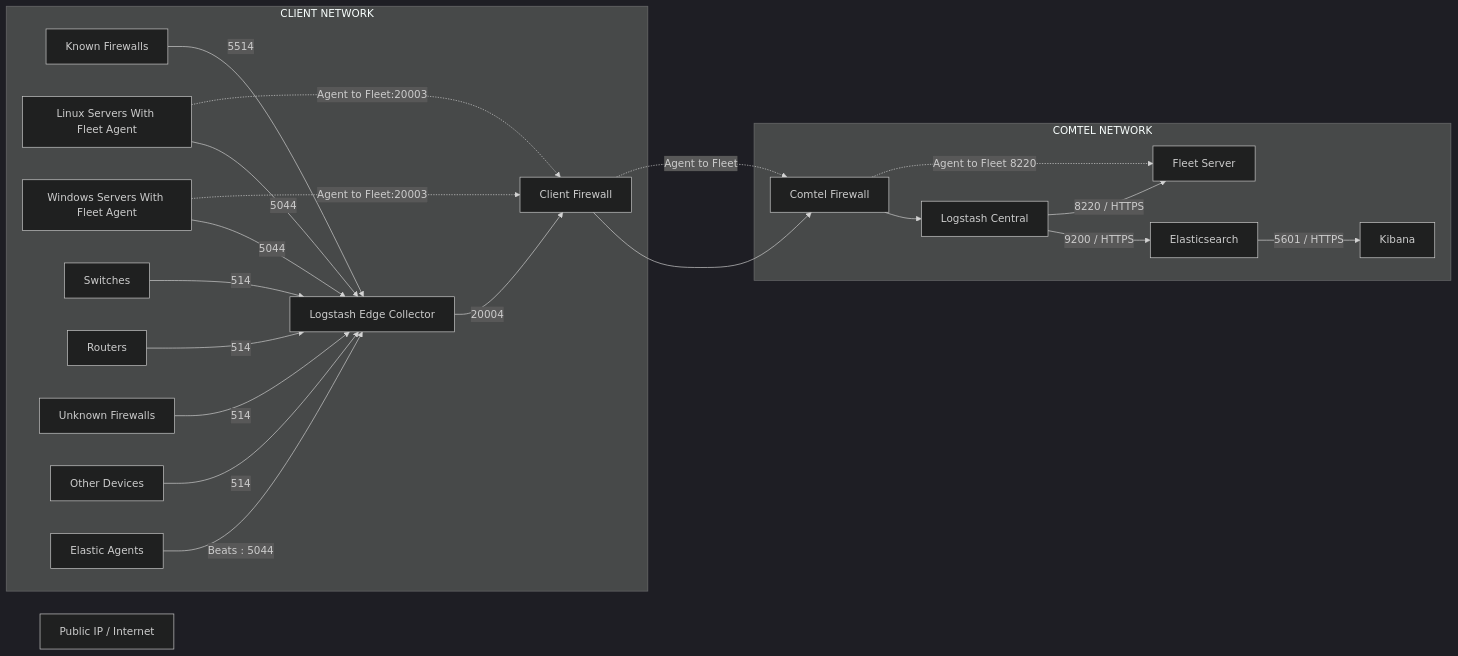
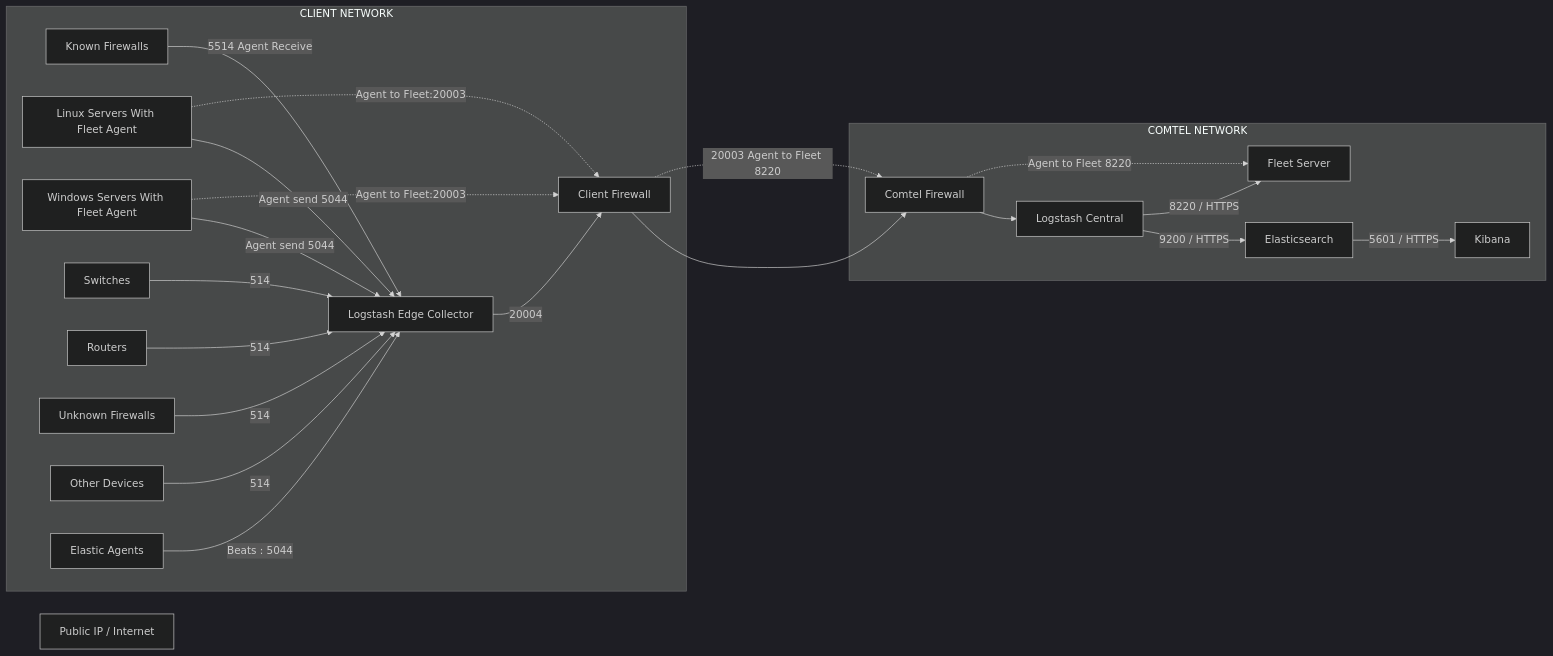
Before and after one commit to bhautik-comtel/ELK-config: the diagram in README.md, drawn with Mermaid (dark theme).

Commit message:
Update README.md for agent communication details

````diff
--- a/README.md
+++ b/README.md
@@ -20,71 +20,71 @@
 ```mermaid
 flowchart LR
 
 %% =========================
 %% CLIENT NETWORK
 %% =========================
 subgraph CLIENT["CLIENT NETWORK"]
 
     KFW["Known Firewalls"]
     LNX["Linux Servers With Fleet Agent"]
     WIN["Windows Servers With Fleet Agent"]
     SW["Switches"]
     RTR["Routers"]
     FW["Unknown Firewalls"]
     OTH["Other Devices"]
 
     AGENT["Elastic Agents"]
 
     EDGE["Logstash Edge Collector"]
 
     FW --  "514" --> EDGE
-    KFW -- "5514" --> EDGE
-    LNX -- "5044" --> EDGE
-    WIN -- "5044" --> EDGE
+    KFW -- "5514 Agent Receive" --> EDGE
+    LNX -- "Agent send 5044" --> EDGE
+    WIN -- "Agent send 5044" --> EDGE
     SW --  "514" --> EDGE
     RTR -- "514" --> EDGE
     OTH -- "514" --> EDGE
 
     AGENT -- "Beats : 5044" --> EDGE
 
     CFW["Client Firewall"]
 
     EDGE -- "20004" --> CFW
 end
 
 %% =========================
 %% WAN / INTERNET
 %% =========================
 
 INET["Public IP / Internet"]
 
 %% =========================
 %% COMTEL NETWORK
 %% =========================
 subgraph COMTEL["COMTEL NETWORK"]
 
     COMFW["Comtel Firewall"]
 
     CENTRAL["Logstash Central"]
 
     ES["Elasticsearch"]
 
     KB["Kibana"]
 
     FLEET["Fleet Server"]
 
     COMFW --> CENTRAL
 
     CENTRAL -- "9200 / HTTPS" --> ES
 
     ES -- "5601 / HTTPS" --> KB
 
     CENTRAL -- "8220 / HTTPS" --> FLEET
 end
 
 CFW --> COMFW
 
 WIN -. "Agent to Fleet:20003" .-> CFW
 LNX -. "Agent to Fleet:20003" .-> CFW
-CFW -. "Agent to Fleet" .-> COMFW -."Agent to Fleet 8220".-> FLEET
+CFW -. "20003 Agent to Fleet 8220" .-> COMFW -."Agent to Fleet 8220".-> FLEET
 ```
````
